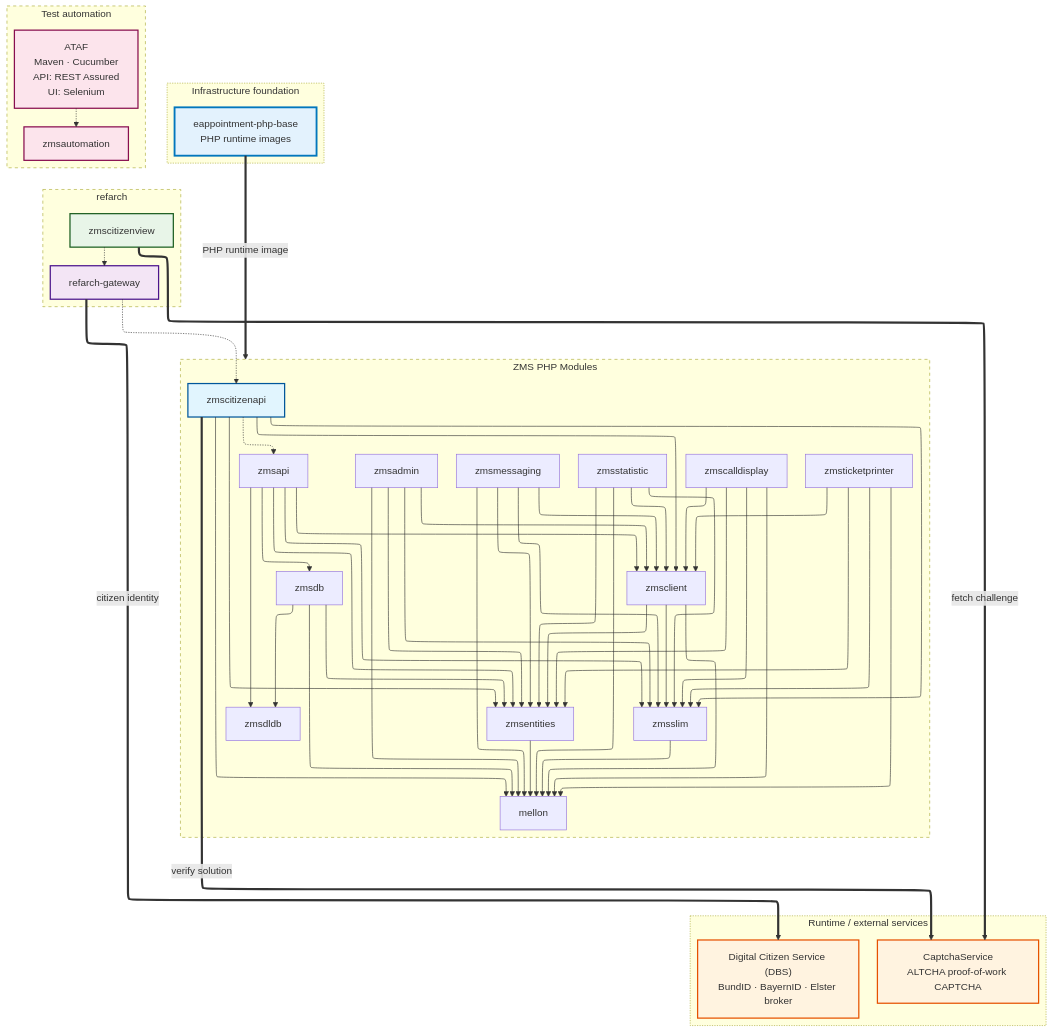
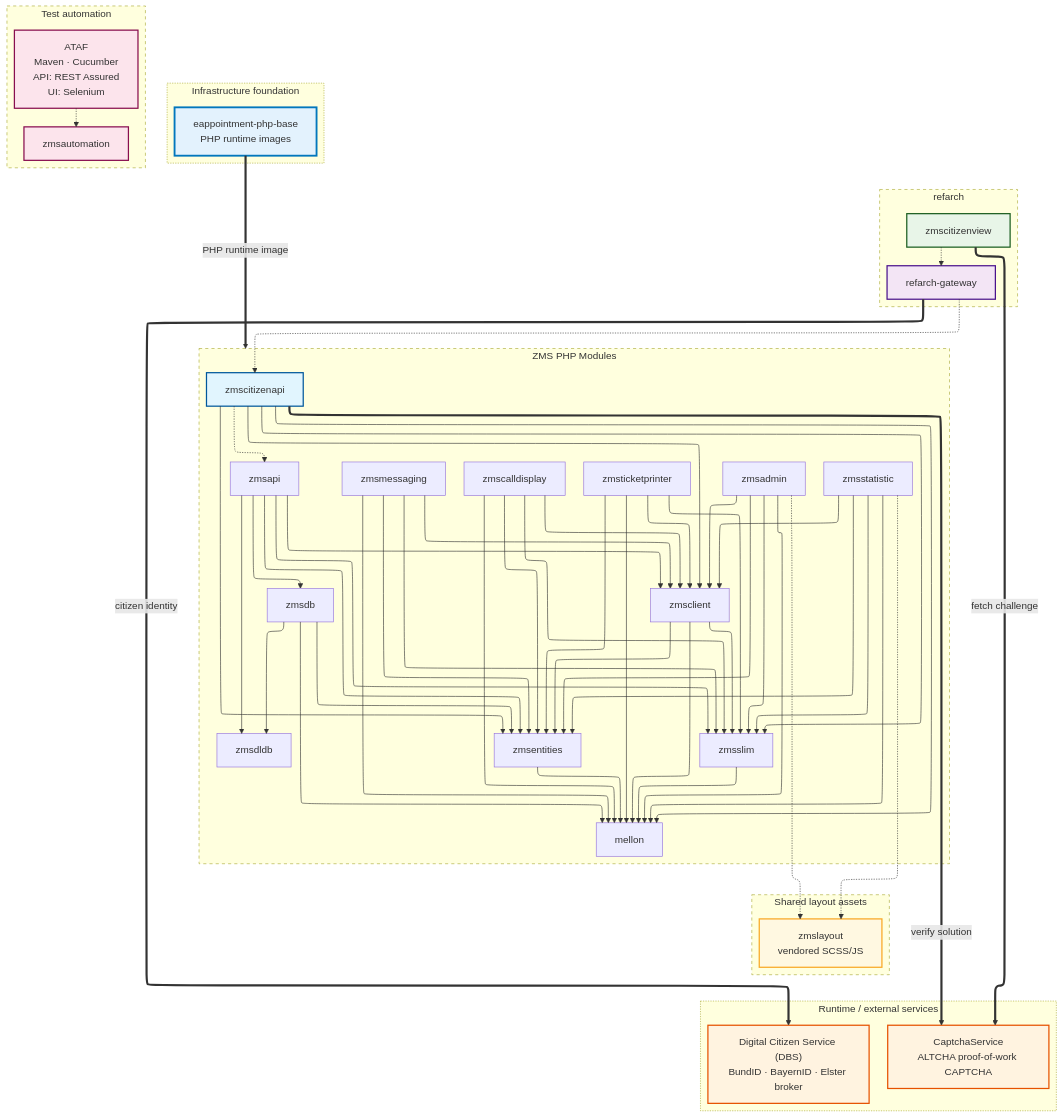
The diagram in docs/en/setup-and-development/development-rules/dependency-graph.md (it-at-m/eappointment), drawn with Mermaid before and after one commit. The commit also changed other lines of this file and 6 other files, not shown here.

First line of the commit message:
docs(ZMSKVR-1321): document zmslayout in dependency graphs and roadmap

````diff
--- a/docs/en/setup-and-development/development-rules/dependency-graph.md
+++ b/docs/en/setup-and-development/development-rules/dependency-graph.md
@@ -34,6 +35,10 @@
     zmsslim --> mellon;
 
     zmscitizenapi --> mellon & zmsslim & zmsclient & zmsentities;
+
+    %% npm file: dependencies (dashed)
+    zmsadmin -.-> zmslayout;
+    zmsstatistic -.-> zmslayout;
 
     %% Build / integration dependencies (dashed)
     zmscitizenapi -.-> zmsapi;
@@ -90,6 +95,11 @@
         zmsautomation
     end
 
+    subgraph shared_frontend [Shared layout assets]
+        style shared_frontend stroke-dasharray: 5, 2, 1, 2
+        zmslayout["zmslayout<br>vendored SCSS/JS"]
+    end
+
     %% Styling
     classDef citizenapi fill:#e1f5fe,stroke:#01579b,stroke-width:2px;
     classDef gateway fill:#f3e5f5,stroke:#4a148c,stroke-width:2px;
@@ -97,6 +107,7 @@
     classDef runtimeSvc fill:#fff3e0,stroke:#e65100,stroke-width:2px;
     classDef infra fill:#e3f2fd,stroke:#0277bd,stroke-width:3px;
     classDef automation fill:#fce4ec,stroke:#880e4f,stroke-width:2px;
+    classDef layout fill:#fff8e1,stroke:#f9a825,stroke-width:2px;
 
     class zmscitizenapi citizenapi;
     class refarch-gateway gateway;
@@ -106,4 +117,5 @@
     class phpbase infra;
     class zmsautomation automation;
     class ataf automation;
+    class zmslayout layout;
 ```
````
